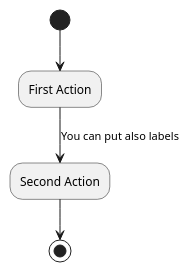
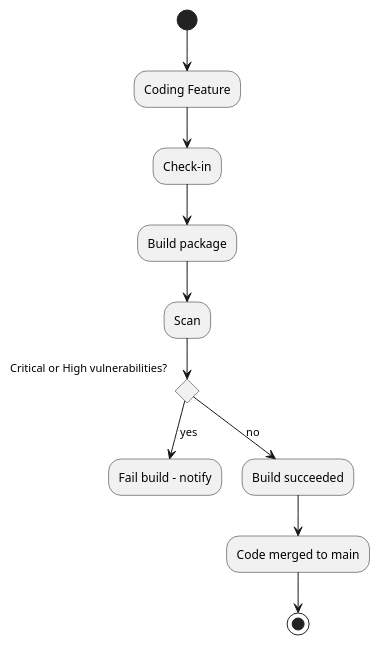
The diagram in markdown/diagrams/test.puml (johnnyfleet/markdown-base-codespace), drawn with PlantUML before and after one commit. The commit also changed 1 other file, not shown here.

Commit message:
Updated test graphs to new puml format

```diff
--- a/markdown/diagrams/test.puml
+++ b/markdown/diagrams/test.puml
@@ -1,7 +1,16 @@
 @startuml
 
-(*) --> "First Action"
--->[You can put also labels] "Second Action"
+(*) --> "Coding Feature"
+--> "Check-in"
+--> "Build package"
+--> "Scan"
+if "Critical or High vulnerabilities?" then
+    --> [yes] "Fail build - notify"
+else
+    --> [no] "Build succeeded"
+endif
+
+--> "Code merged to main"
 --> (*)
 
 @enduml
```
